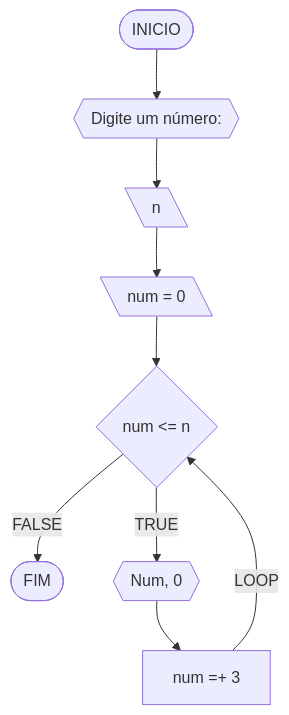
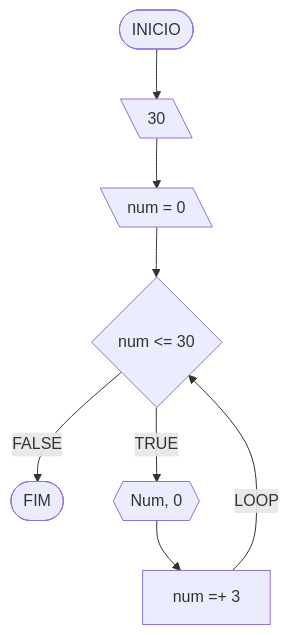
The fourth of 6 diagrams in RLA/unidade1/lista3.md (Gabriel0225/unifor), drawn with Mermaid before and after one commit.

````diff
--- a/RLA/unidade1/lista3.md
+++ b/RLA/unidade1/lista3.md
@@ -145,11 +145,11 @@
 ```mermaid
 flowchart TD
-A([INICIO]) --> B{{Digite um número: }}
-B --> C[\n\]
+A([INICIO]) 
+A --> C[\30\]
 C --> D[\num = 0\]
-D --> E{num <= n}
+D --> E{num <= 30}
 E --FALSE--> I([FIM])
 E --TRUE--> F{{"Num", 0}}
 F --> G[num =+ 3]
 G --LOOP--> E
 ```
````
